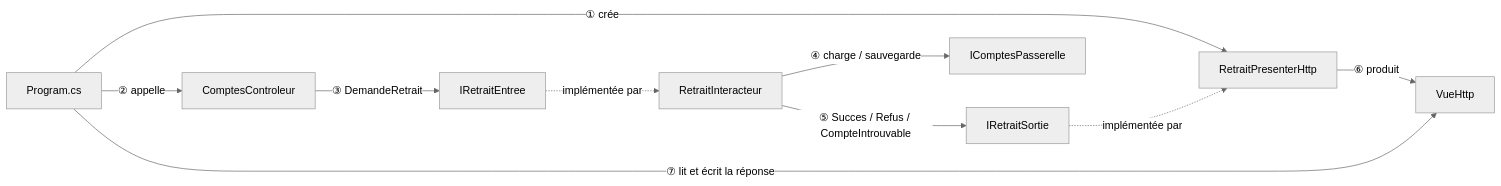
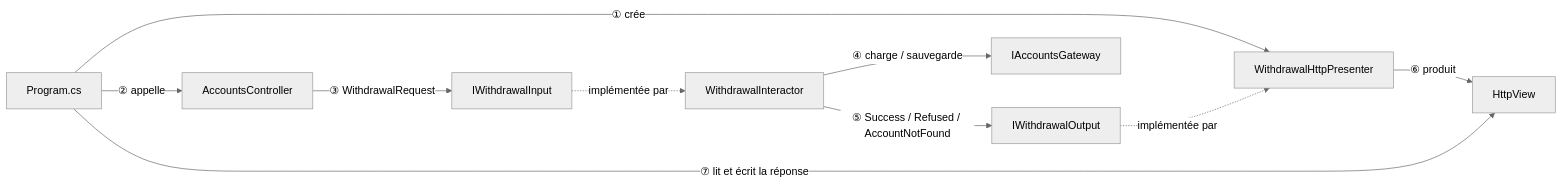
One commit to drangoht/ArchitecturesDemo changed the second of 3 diagrams in Docs/03-clean.md. Above: the diagram before and after it, drawn with Mermaid (neutral theme). The commit also changed other lines of this file and 70 other files, not shown here.

Commit message:
Docs FR : identifiants, liens, diagrammes et sorties alignés sur le code anglais

````diff
--- a/Docs/03-clean.md
+++ b/Docs/03-clean.md
@@ -65,12 +65,12 @@
 ```mermaid
 flowchart LR
-    Web["Program.cs"] -->|"① crée"| P["RetraitPresenterHttp"]
-    Web -->|"② appelle"| C["ComptesControleur"]
-    C -->|"③ DemandeRetrait"| IE["IRetraitEntree"]
-    IE -.->|"implémentée par"| I["RetraitInteracteur"]
-    I -->|"④ charge / sauvegarde"| G["IComptesPasserelle"]
-    I -->|"⑤ Succes / Refus / CompteIntrouvable"| OS["IRetraitSortie"]
+    Web["Program.cs"] -->|"① crée"| P["WithdrawalHttpPresenter"]
+    Web -->|"② appelle"| C["AccountsController"]
+    C -->|"③ WithdrawalRequest"| IE["IWithdrawalInput"]
+    IE -.->|"implémentée par"| I["WithdrawalInteractor"]
+    I -->|"④ charge / sauvegarde"| G["IAccountsGateway"]
+    I -->|"⑤ Success / Refused / AccountNotFound"| OS["IWithdrawalOutput"]
     OS -.->|"implémentée par"| P
-    P -->|"⑥ produit"| V["VueHttp"]
+    P -->|"⑥ produit"| V["HttpView"]
     Web -->|"⑦ lit et écrit la réponse"| V
 ```
````
